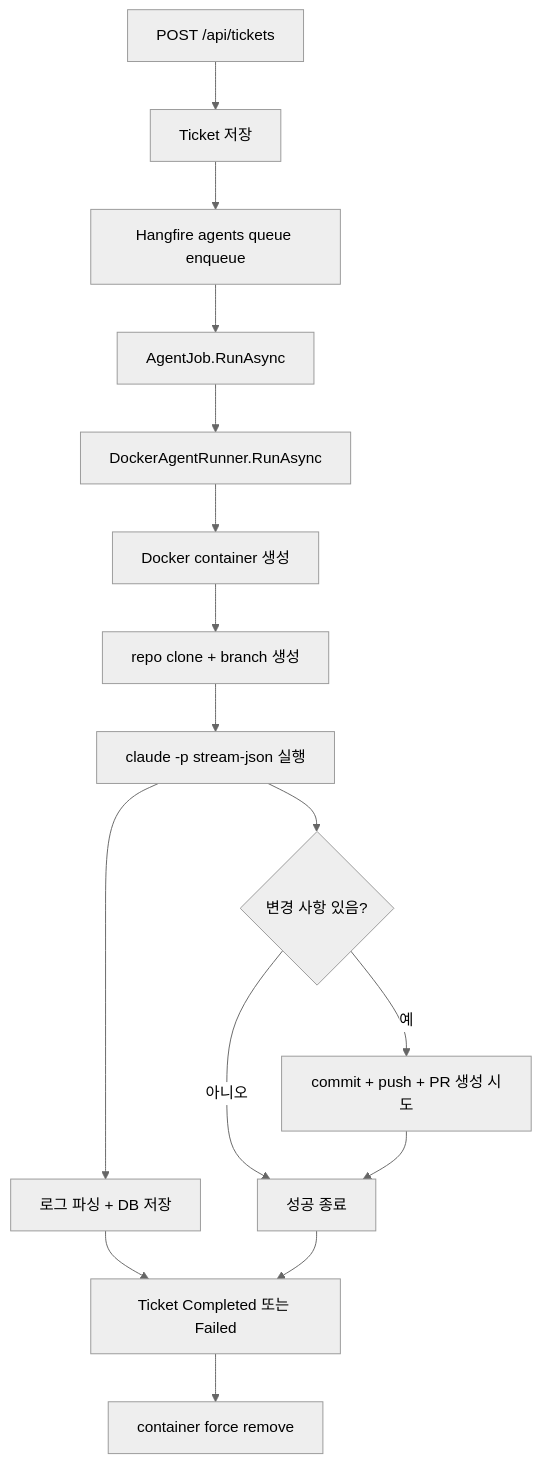
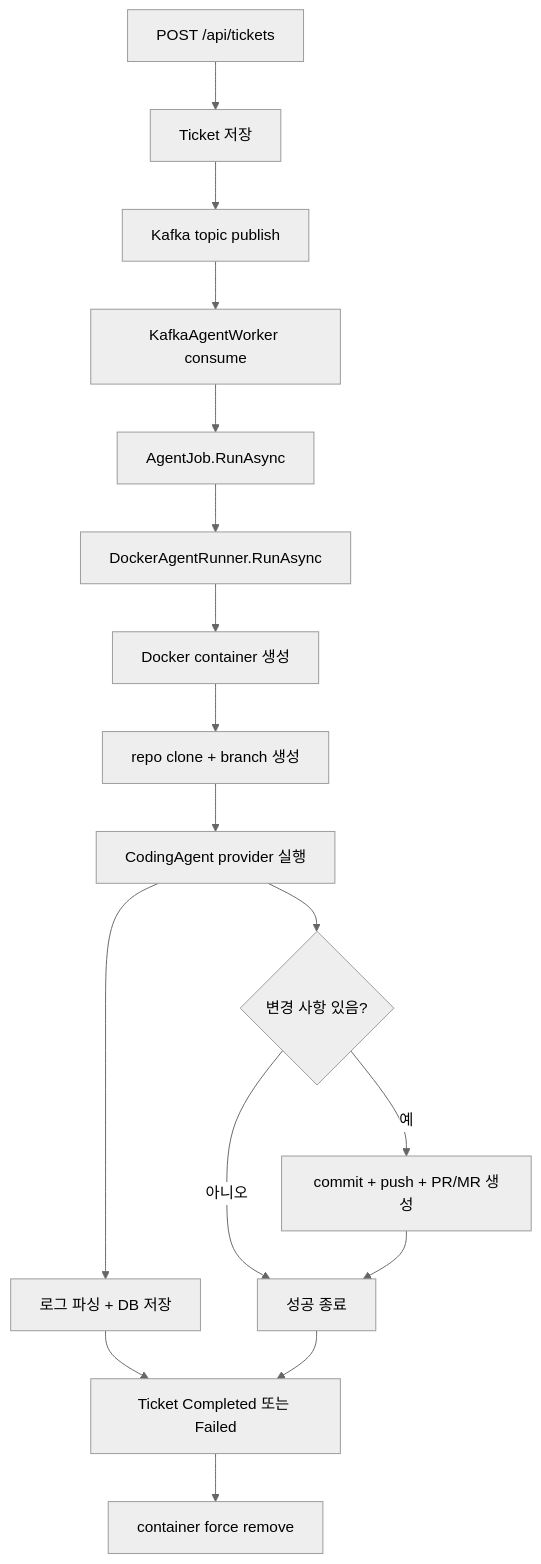
One commit to zzanghyunmoo/ReplaceMe changed the diagram in docs/features/agent-execution.md. Above: the diagram before and after it, drawn with Mermaid (neutral theme). The commit also changed other lines of this file and 58 other files, not shown here.

````diff
--- a/docs/features/agent-execution.md
+++ b/docs/features/agent-execution.md
@@ -11,18 +12,19 @@
 ```mermaid
 flowchart TD
     A[POST /api/tickets] --> B[Ticket 저장]
-    B --> C[Hangfire agents queue enqueue]
-    C --> D[AgentJob.RunAsync]
-    D --> E[DockerAgentRunner.RunAsync]
-    E --> F[Docker container 생성]
-    F --> G[repo clone + branch 생성]
-    G --> H[claude -p stream-json 실행]
-    H --> I[로그 파싱 + DB 저장]
-    H --> J{변경 사항 있음?}
-    J -- 예 --> K[commit + push + PR 생성 시도]
-    J -- 아니오 --> L[성공 종료]
-    K --> L
-    I --> M[Ticket Completed 또는 Failed]
+    B --> C[Kafka topic publish]
+    C --> D[KafkaAgentWorker consume]
+    D --> E[AgentJob.RunAsync]
+    E --> F[DockerAgentRunner.RunAsync]
+    F --> G[Docker container 생성]
+    G --> H[repo clone + branch 생성]
+    H --> I[CodingAgent provider 실행]
+    I --> J[로그 파싱 + DB 저장]
+    I --> K{변경 사항 있음?}
+    K -- 예 --> L[commit + push + PR/MR 생성]
+    K -- 아니오 --> M[성공 종료]
     L --> M
-    M --> N[container force remove]
+    J --> N[Ticket Completed 또는 Failed]
+    M --> N
+    N --> O[container force remove]
 ```
````
